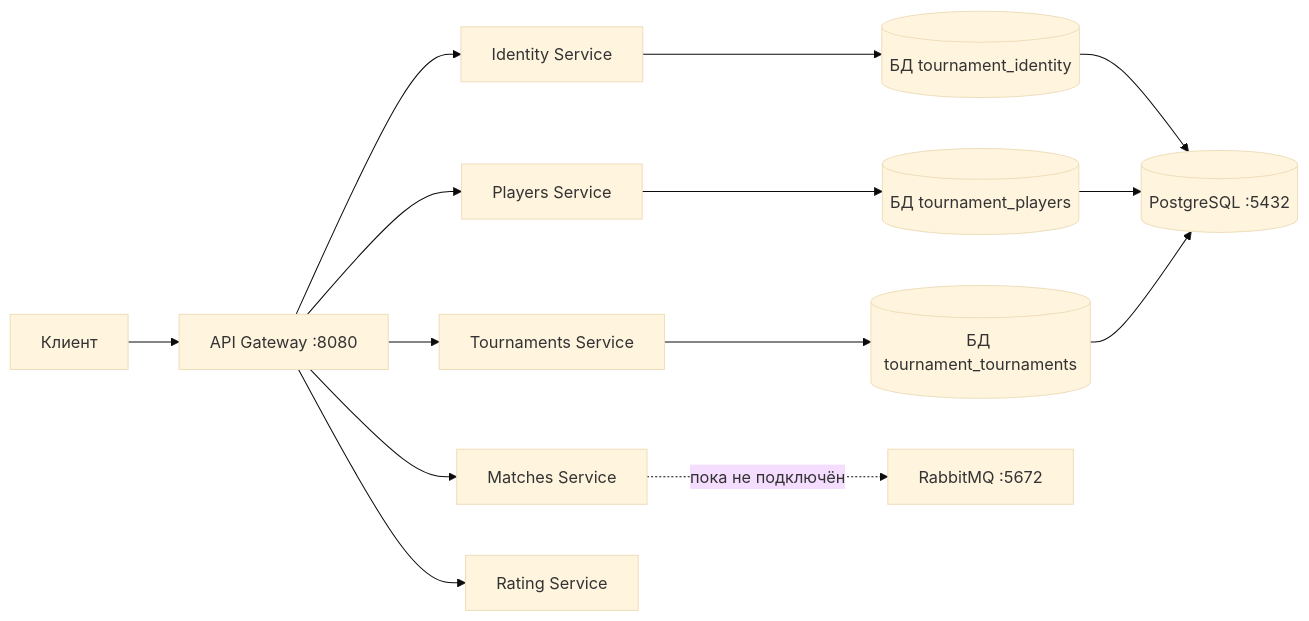
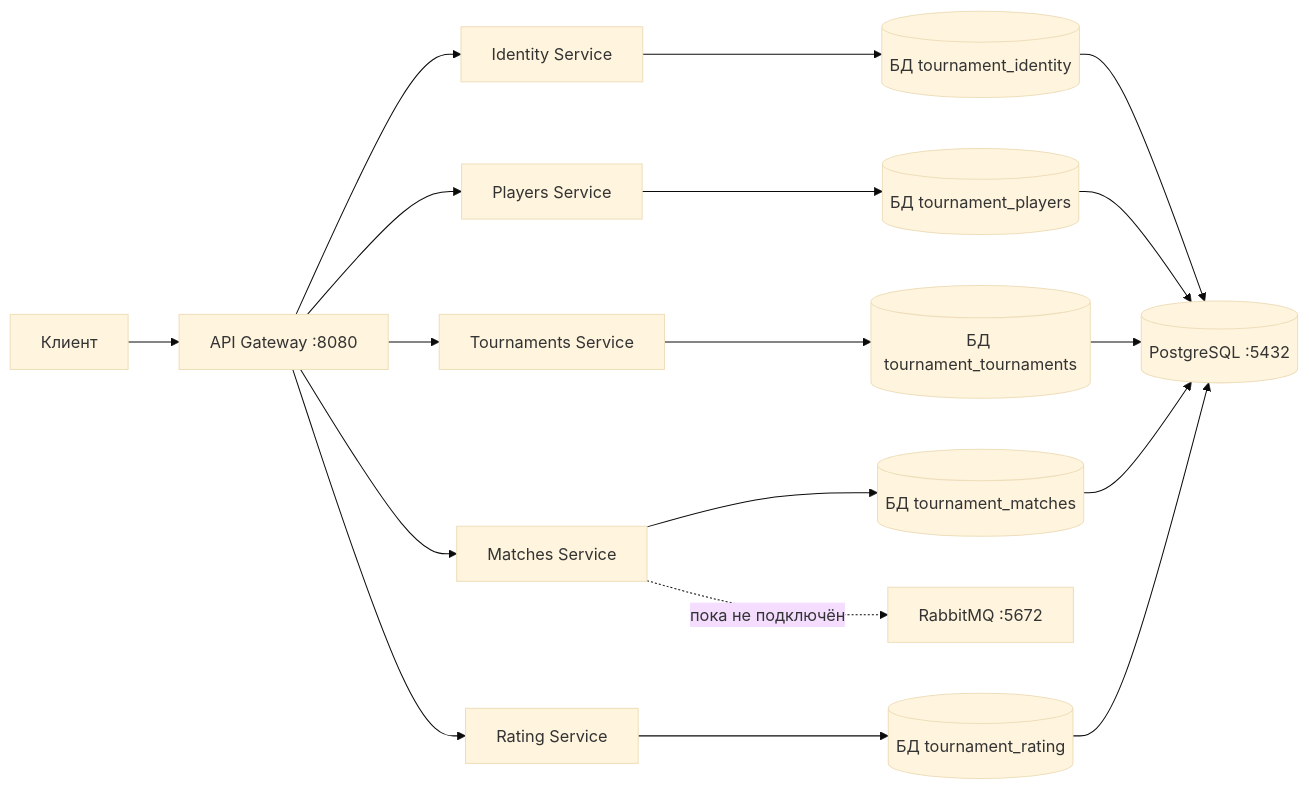
One commit to Neyvk/TournamentPlatform changed the diagram in README.md. Above: the diagram before and after it, drawn with Mermaid (base theme). The commit also changed other lines of this file and 9 other files, not shown here.

````diff
--- a/README.md
+++ b/README.md
@@ -17,16 +17,20 @@
 ```mermaid
 flowchart LR
     Client[Клиент] --> Gateway[API Gateway :8080]
     Gateway --> Identity[Identity Service]
     Gateway --> Players[Players Service]
     Gateway --> Tournaments[Tournaments Service]
     Gateway --> Matches[Matches Service]
     Gateway --> Rating[Rating Service]
     Identity --> IdentityDB[(БД tournament_identity)]
     Players --> PlayersDB[(БД tournament_players)]
     Tournaments --> TournamentsDB[(БД tournament_tournaments)]
+    Matches --> MatchesDB[(БД tournament_matches)]
+    Rating --> RatingDB[(БД tournament_rating)]
     IdentityDB --> DB[(PostgreSQL :5432)]
     PlayersDB --> DB
     TournamentsDB --> DB
+    MatchesDB --> DB
+    RatingDB --> DB
     Matches -. пока не подключён .-> MQ[RabbitMQ :5672]
 ```
````
